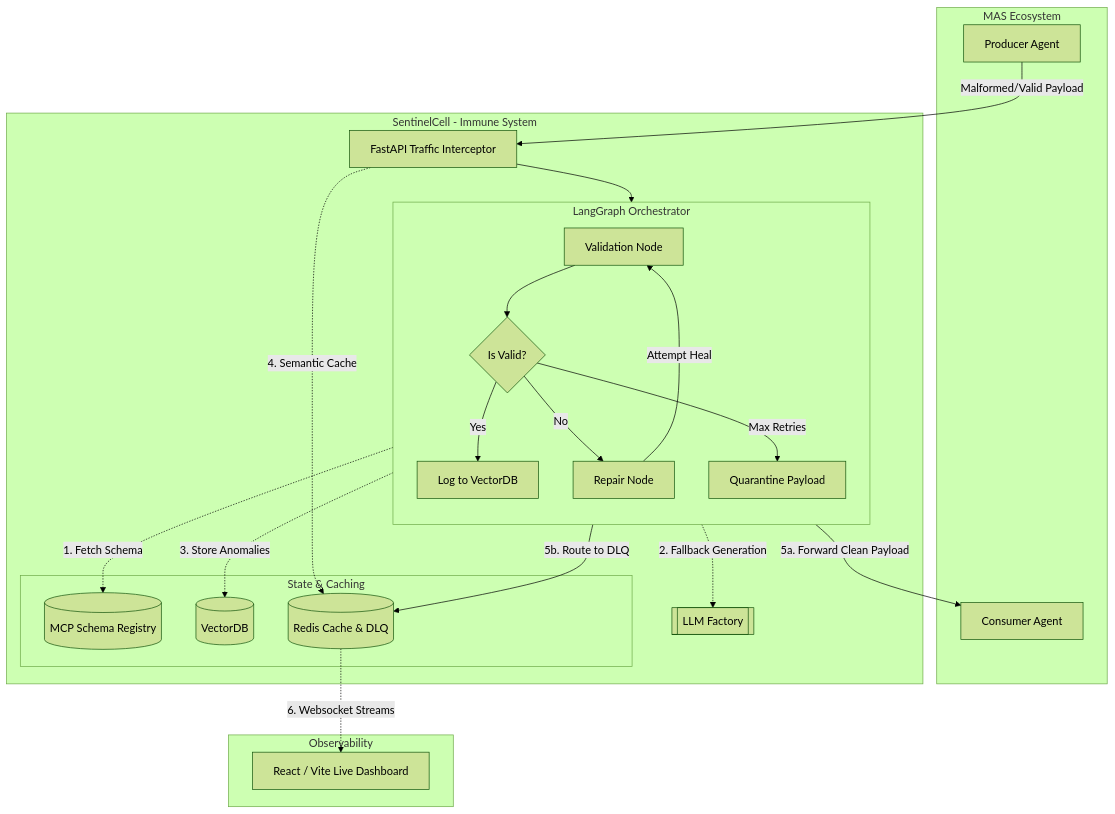
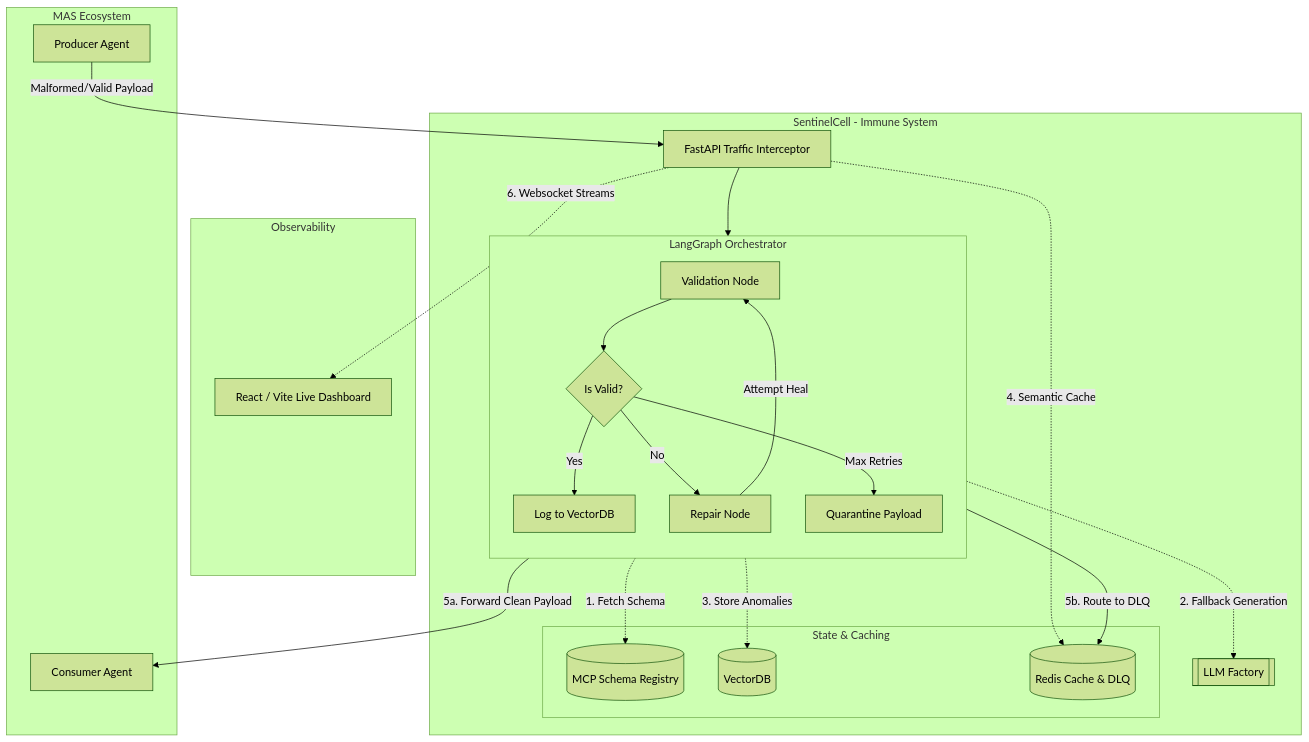
One commit to AtaCanYmc/SentinelCell-MAS-Immune-System changed the diagram in README.md. Above: the diagram before and after it, drawn with Mermaid (forest theme). The commit also changed other lines of this file and 8 other files, not shown here.

Commit message:
refactor: V9 Architecture - orjson performance, dynamic jaccard, otel standards

````diff
--- a/README.md
+++ b/README.md
@@ -40,46 +43,46 @@
 ```mermaid
 flowchart TD
     subgraph External[MAS Ecosystem]
         Producer[Producer Agent]
         Consumer[Consumer Agent]
     end
 
     subgraph UserInterface[Observability]
         Dashboard[React / Vite Live Dashboard]
     end
 
     subgraph Middleware[SentinelCell - Immune System]
         Intercept[FastAPI Traffic Interceptor]
 
         subgraph Orchestrator[LangGraph Orchestrator]
             direction TB
             Validate[Validation Node]
             Decide{Is Valid?}
             Repair[Repair Node]
 
             Validate --> Decide
             Decide -- Yes --> Log[Log to VectorDB]
             Decide -- No --> Repair
             Repair -- Attempt Heal --> Validate
             Decide -- Max Retries --> Quarantine[Quarantine Payload]
         end
 
         subgraph Storage[State & Caching]
             Registry[(MCP Schema Registry)]
             Memory[(VectorDB)]
             Redis[(Redis Cache & DLQ)]
         end
 
         LLM[[LLM Factory]]
     end
 
     Producer -->|Malformed/Valid Payload| Intercept
     Intercept --> Validate
     Validate -.->|1. Fetch Schema| Registry
     Repair -.->|2. Fallback Generation| LLM
     Log -.->|3. Store Anomalies| Memory
     Intercept -.->|4. Semantic Cache| Redis
     Log -->|5a. Forward Clean Payload| Consumer
     Quarantine -->|5b. Route to DLQ| Redis
-    Redis -.->|6. Websocket Streams| Dashboard
+    Intercept -.->|6. Websocket Streams| Dashboard
 ```
````
